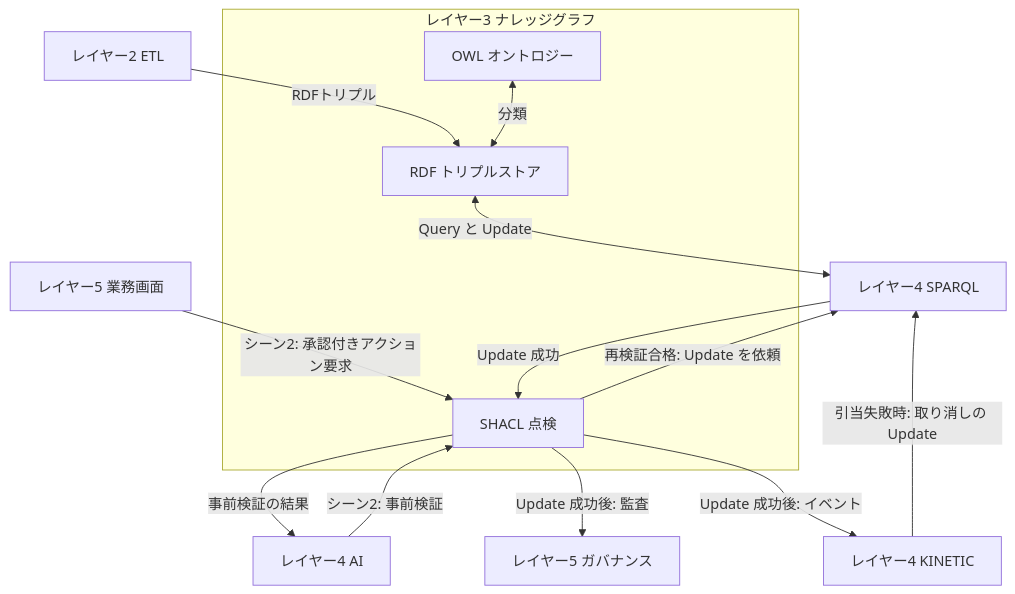
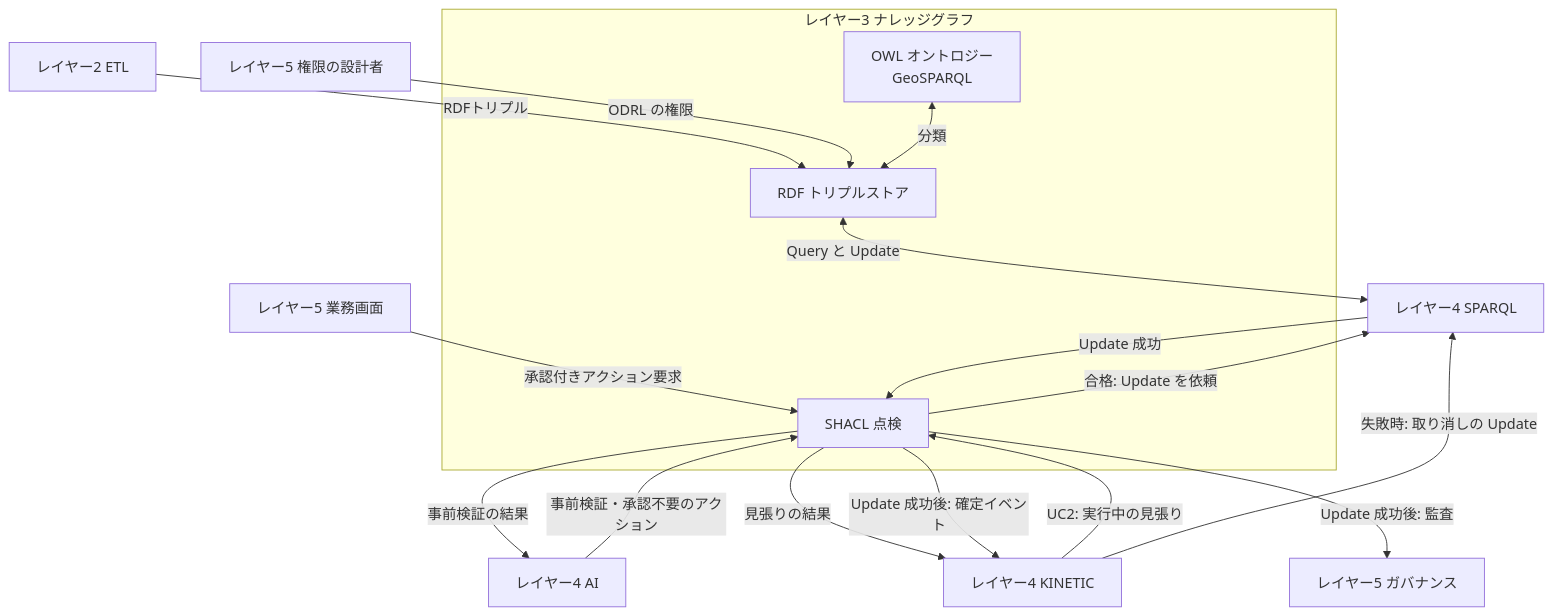
One commit to nit-kl/Ontology_Study changed the second of 2 diagrams in docs/layer-3.md. Above: the diagram before and after it, drawn with Mermaid. The commit also changed other lines of this file and 10 other files, not shown here.

````diff
--- a/docs/layer-3.md
+++ b/docs/layer-3.md
@@ -236,25 +378,29 @@
 ```mermaid
 flowchart TB
     ETL["レイヤー2 ETL"]
     AI["レイヤー4 AI"]
     UI["レイヤー5 業務画面"]
+    PERM["レイヤー5 権限の設計者"]
     SP["レイヤー4 SPARQL"]
     KIN["レイヤー4 KINETIC"]
     GOV["レイヤー5 ガバナンス"]
     subgraph L3["レイヤー3 ナレッジグラフ"]
-        OWL["OWL オントロジー"]
+        OWL["OWL オントロジー<br/>GeoSPARQL"]
         RDF["RDF トリプルストア"]
         SHACL["SHACL 点検"]
     end
     ETL -->|"RDFトリプル"| RDF
+    PERM -->|"ODRL の権限"| RDF
     OWL <-->|"分類"| RDF
     RDF <-->|"Query と Update"| SP
-    AI -->|"シーン2: 事前検証"| SHACL
+    AI -->|"事前検証・承認不要のアクション"| SHACL
     SHACL -->|"事前検証の結果"| AI
-    UI -->|"シーン2: 承認付きアクション要求"| SHACL
-    SHACL -->|"再検証合格: Update を依頼"| SP
+    UI -->|"承認付きアクション要求"| SHACL
+    KIN -->|"UC2: 実行中の見張り"| SHACL
+    SHACL -->|"見張りの結果"| KIN
+    SHACL -->|"合格: Update を依頼"| SP
     SP -->|"Update 成功"| SHACL
     SHACL -->|"Update 成功後: 監査"| GOV
-    SHACL -->|"Update 成功後: イベント"| KIN
-    KIN -->|"引当失敗時: 取り消しの Update"| SP
+    SHACL -->|"Update 成功後: 確定イベント"| KIN
+    KIN -->|"失敗時: 取り消しの Update"| SP
 ```
````
